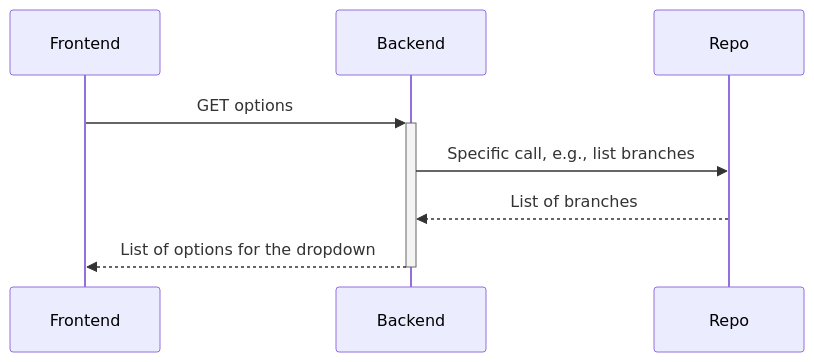
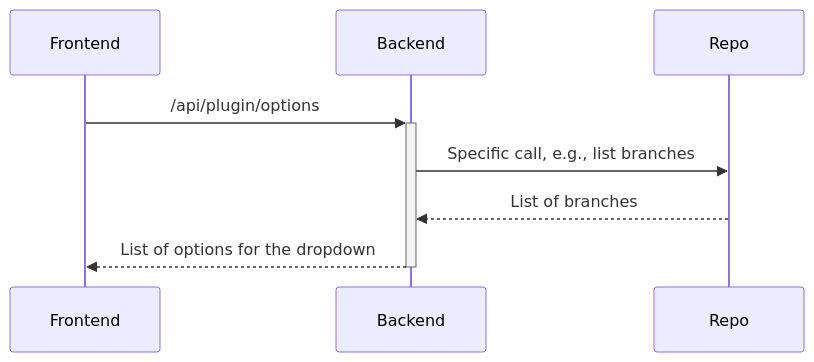
One commit to libis/rdm-integration changed the first of 2 diagrams in README.md. Above: the diagram before and after it, drawn with Mermaid.

````diff
--- a/README.md
+++ b/README.md
@@ -37,7 +37,7 @@
 ```mermaid
 sequenceDiagram
-    Frontend->>+Backend: GET options
+    Frontend->>+Backend: /api/plugin/options
     Backend->>Repo: Specific call, e.g., list branches
     Repo-->>Backend: List of branches
     Backend-->>-Frontend: List of options for the dropdown
 ```
````
